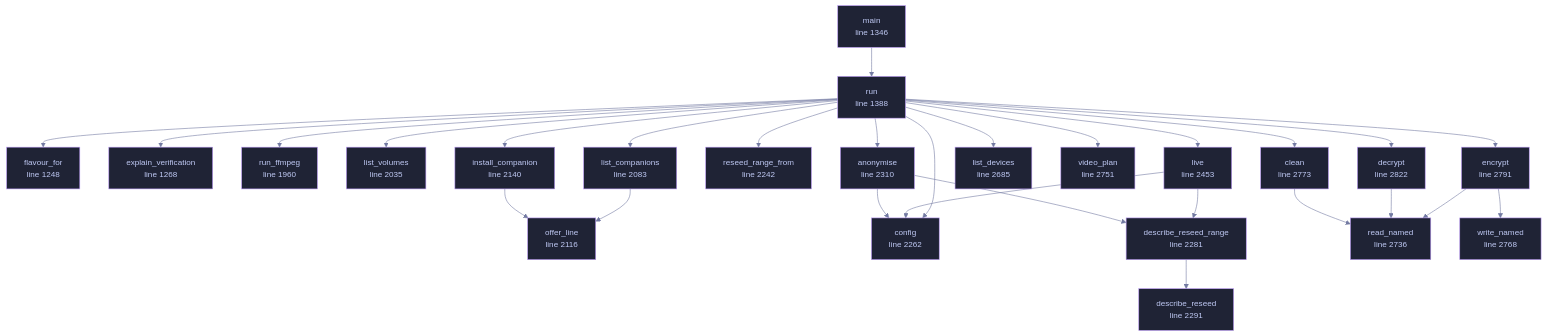
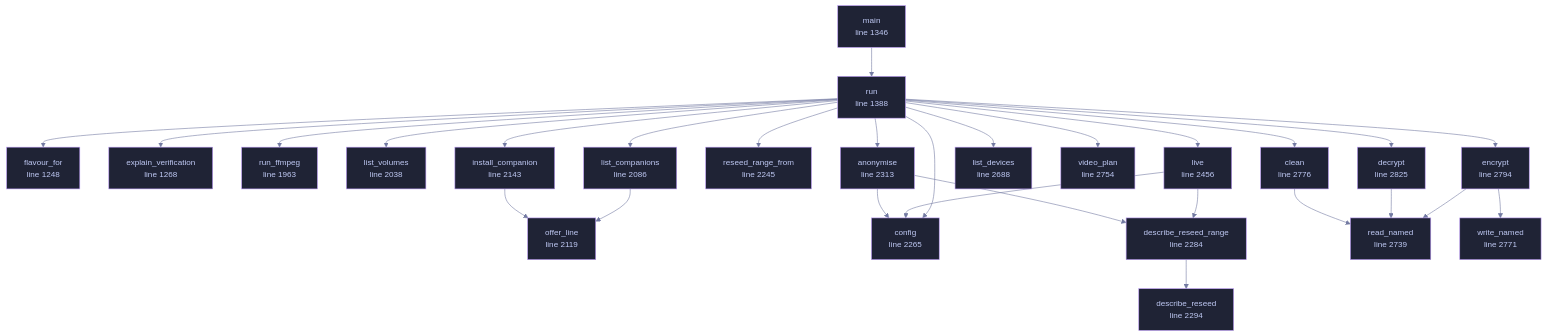
Before and after one commit to tilas01/veilvoice: the diagram in docs/files/veilvoice-cli/main.md, drawn with Mermaid. The commit also changed other lines of this file and 32 other files, not shown here.

````diff
--- a/docs/files/veilvoice-cli/main.md
+++ b/docs/files/veilvoice-cli/main.md
@@ -135,77 +135,77 @@
 ```mermaid
 %%{init: {"theme":"base","themeVariables":{"background":"#1a1b26","primaryColor":"#1f2335","primaryTextColor":"#c0caf5","primaryBorderColor":"#7aa2f7","secondaryColor":"#16161e","tertiaryColor":"#16161e","lineColor":"#737aa2","textColor":"#c0caf5","mainBkg":"#1f2335","nodeBorder":"#7aa2f7","clusterBkg":"#16161e","clusterBorder":"#2f3549","fontFamily":"ui-monospace, SFMono-Regular, Consolas, monospace","fontSize":"14px"}}}%%
 flowchart TD
     n_flavour_for["flavour_for<br/>line 1248"]
     n_explain_verification["explain_verification<br/>line 1268"]
     n_main["main<br/>line 1346"]
     n_run["run<br/>line 1388"]
-    n_run_ffmpeg["run_ffmpeg<br/>line 1960"]
-    n_list_volumes["list_volumes<br/>line 2035"]
-    n_list_companions["list_companions<br/>line 2083"]
-    n_offer_line["offer_line<br/>line 2116"]
-    n_install_companion["install_companion<br/>line 2140"]
-    n_reseed_range_from["reseed_range_from<br/>line 2242"]
-    n_config["config<br/>line 2262"]
-    n_describe_reseed_range["describe_reseed_range<br/>line 2281"]
-    n_describe_reseed["describe_reseed<br/>line 2291"]
-    n_anonymise["anonymise<br/>line 2310"]
-    n_live["live<br/>line 2453"]
-    n_list_devices["list_devices<br/>line 2685"]
-    n_read_named["read_named<br/>line 2736"]
-    n_video_plan["video_plan<br/>line 2751"]
-    n_write_named["write_named<br/>line 2768"]
-    n_clean["clean<br/>line 2773"]
-    n_encrypt["encrypt<br/>line 2791"]
-    n_decrypt["decrypt<br/>line 2822"]
+    n_run_ffmpeg["run_ffmpeg<br/>line 1963"]
+    n_list_volumes["list_volumes<br/>line 2038"]
+    n_list_companions["list_companions<br/>line 2086"]
+    n_offer_line["offer_line<br/>line 2119"]
+    n_install_companion["install_companion<br/>line 2143"]
+    n_reseed_range_from["reseed_range_from<br/>line 2245"]
+    n_config["config<br/>line 2265"]
+    n_describe_reseed_range["describe_reseed_range<br/>line 2284"]
+    n_describe_reseed["describe_reseed<br/>line 2294"]
+    n_anonymise["anonymise<br/>line 2313"]
+    n_live["live<br/>line 2456"]
+    n_list_devices["list_devices<br/>line 2688"]
+    n_read_named["read_named<br/>line 2739"]
+    n_video_plan["video_plan<br/>line 2754"]
+    n_write_named["write_named<br/>line 2771"]
+    n_clean["clean<br/>line 2776"]
+    n_encrypt["encrypt<br/>line 2794"]
+    n_decrypt["decrypt<br/>line 2825"]
     n_anonymise --> n_config
     n_anonymise --> n_describe_reseed_range
     n_clean --> n_read_named
     n_decrypt --> n_read_named
     n_describe_reseed_range --> n_describe_reseed
     n_encrypt --> n_read_named
     n_encrypt --> n_write_named
     n_install_companion --> n_offer_line
     n_list_companions --> n_offer_line
     n_live --> n_config
     n_live --> n_describe_reseed_range
     n_main --> n_run
     n_run --> n_anonymise
     n_run --> n_clean
     n_run --> n_config
     n_run --> n_decrypt
     n_run --> n_encrypt
     n_run --> n_explain_verification
     n_run --> n_flavour_for
     n_run --> n_install_companion
     n_run --> n_list_companions
     n_run --> n_list_devices
     n_run --> n_list_volumes
     n_run --> n_live
     n_run --> n_reseed_range_from
     n_run --> n_run_ffmpeg
     n_run --> n_video_plan
     click n_flavour_for href "https://github.com/tilas01/veilvoice/blob/main/crates/veilvoice-cli/src/main.rs#L1248" "open the source"
     click n_explain_verification href "https://github.com/tilas01/veilvoice/blob/main/crates/veilvoice-cli/src/main.rs#L1268" "open the source"
     click n_main href "https://github.com/tilas01/veilvoice/blob/main/crates/veilvoice-cli/src/main.rs#L1346" "open the source"
     click n_run href "https://github.com/tilas01/veilvoice/blob/main/crates/veilvoice-cli/src/main.rs#L1388" "open the source"
-    click n_run_ffmpeg href "https://github.com/tilas01/veilvoice/blob/main/crates/veilvoice-cli/src/main.rs#L1960" "open the source"
-    click n_list_volumes href "https://github.com/tilas01/veilvoice/blob/main/crates/veilvoice-cli/src/main.rs#L2035" "open the source"
-    click n_list_companions href "https://github.com/tilas01/veilvoice/blob/main/crates/veilvoice-cli/src/main.rs#L2083" "open the source"
-    click n_offer_line href "https://github.com/tilas01/veilvoice/blob/main/crates/veilvoice-cli/src/main.rs#L2116" "open the source"
-    click n_install_companion href "https://github.com/tilas01/veilvoice/blob/main/crates/veilvoice-cli/src/main.rs#L2140" "open the source"
-    click n_reseed_range_from href "https://github.com/tilas01/veilvoice/blob/main/crates/veilvoice-cli/src/main.rs#L2242" "open the source"
-    click n_config href "https://github.com/tilas01/veilvoice/blob/main/crates/veilvoice-cli/src/main.rs#L2262" "open the source"
-    click n_describe_reseed_range href "https://github.com/tilas01/veilvoice/blob/main/crates/veilvoice-cli/src/main.rs#L2281" "open the source"
-    click n_describe_reseed href "https://github.com/tilas01/veilvoice/blob/main/crates/veilvoice-cli/src/main.rs#L2291" "open the source"
-    click n_anonymise href "https://github.com/tilas01/veilvoice/blob/main/crates/veilvoice-cli/src/main.rs#L2310" "open the source"
-    click n_live href "https://github.com/tilas01/veilvoice/blob/main/crates/veilvoice-cli/src/main.rs#L2453" "open the source"
-    click n_list_devices href "https://github.com/tilas01/veilvoice/blob/main/crates/veilvoice-cli/src/main.rs#L2685" "open the source"
-    click n_read_named href "https://github.com/tilas01/veilvoice/blob/main/crates/veilvoice-cli/src/main.rs#L2736" "open the source"
-    click n_video_plan href "https://github.com/tilas01/veilvoice/blob/main/crates/veilvoice-cli/src/main.rs#L2751" "open the source"
-    click n_write_named href "https://github.com/tilas01/veilvoice/blob/main/crates/veilvoice-cli/src/main.rs#L2768" "open the source"
-    click n_clean href "https://github.com/tilas01/veilvoice/blob/main/crates/veilvoice-cli/src/main.rs#L2773" "open the source"
-    click n_encrypt href "https://github.com/tilas01/veilvoice/blob/main/crates/veilvoice-cli/src/main.rs#L2791" "open the source"
-    click n_decrypt href "https://github.com/tilas01/veilvoice/blob/main/crates/veilvoice-cli/src/main.rs#L2822" "open the source"
+    click n_run_ffmpeg href "https://github.com/tilas01/veilvoice/blob/main/crates/veilvoice-cli/src/main.rs#L1963" "open the source"
+    click n_list_volumes href "https://github.com/tilas01/veilvoice/blob/main/crates/veilvoice-cli/src/main.rs#L2038" "open the source"
+    click n_list_companions href "https://github.com/tilas01/veilvoice/blob/main/crates/veilvoice-cli/src/main.rs#L2086" "open the source"
+    click n_offer_line href "https://github.com/tilas01/veilvoice/blob/main/crates/veilvoice-cli/src/main.rs#L2119" "open the source"
+    click n_install_companion href "https://github.com/tilas01/veilvoice/blob/main/crates/veilvoice-cli/src/main.rs#L2143" "open the source"
+    click n_reseed_range_from href "https://github.com/tilas01/veilvoice/blob/main/crates/veilvoice-cli/src/main.rs#L2245" "open the source"
+    click n_config href "https://github.com/tilas01/veilvoice/blob/main/crates/veilvoice-cli/src/main.rs#L2265" "open the source"
+    click n_describe_reseed_range href "https://github.com/tilas01/veilvoice/blob/main/crates/veilvoice-cli/src/main.rs#L2284" "open the source"
+    click n_describe_reseed href "https://github.com/tilas01/veilvoice/blob/main/crates/veilvoice-cli/src/main.rs#L2294" "open the source"
+    click n_anonymise href "https://github.com/tilas01/veilvoice/blob/main/crates/veilvoice-cli/src/main.rs#L2313" "open the source"
+    click n_live href "https://github.com/tilas01/veilvoice/blob/main/crates/veilvoice-cli/src/main.rs#L2456" "open the source"
+    click n_list_devices href "https://github.com/tilas01/veilvoice/blob/main/crates/veilvoice-cli/src/main.rs#L2688" "open the source"
+    click n_read_named href "https://github.com/tilas01/veilvoice/blob/main/crates/veilvoice-cli/src/main.rs#L2739" "open the source"
+    click n_video_plan href "https://github.com/tilas01/veilvoice/blob/main/crates/veilvoice-cli/src/main.rs#L2754" "open the source"
+    click n_write_named href "https://github.com/tilas01/veilvoice/blob/main/crates/veilvoice-cli/src/main.rs#L2771" "open the source"
+    click n_clean href "https://github.com/tilas01/veilvoice/blob/main/crates/veilvoice-cli/src/main.rs#L2776" "open the source"
+    click n_encrypt href "https://github.com/tilas01/veilvoice/blob/main/crates/veilvoice-cli/src/main.rs#L2794" "open the source"
+    click n_decrypt href "https://github.com/tilas01/veilvoice/blob/main/crates/veilvoice-cli/src/main.rs#L2825" "open the source"
     classDef helper fill:#1f2335,stroke:#bb9af7,color:#c0caf5
     class n_flavour_for,n_explain_verification,n_main,n_run,n_run_ffmpeg,n_list_volumes,n_list_companions,n_offer_line,n_install_companion,n_reseed_range_from,n_config,n_describe_reseed_range,n_describe_reseed,n_anonymise,n_live,n_list_devices,n_read_named,n_video_plan,n_write_named,n_clean,n_encrypt,n_decrypt helper
 ```
````
